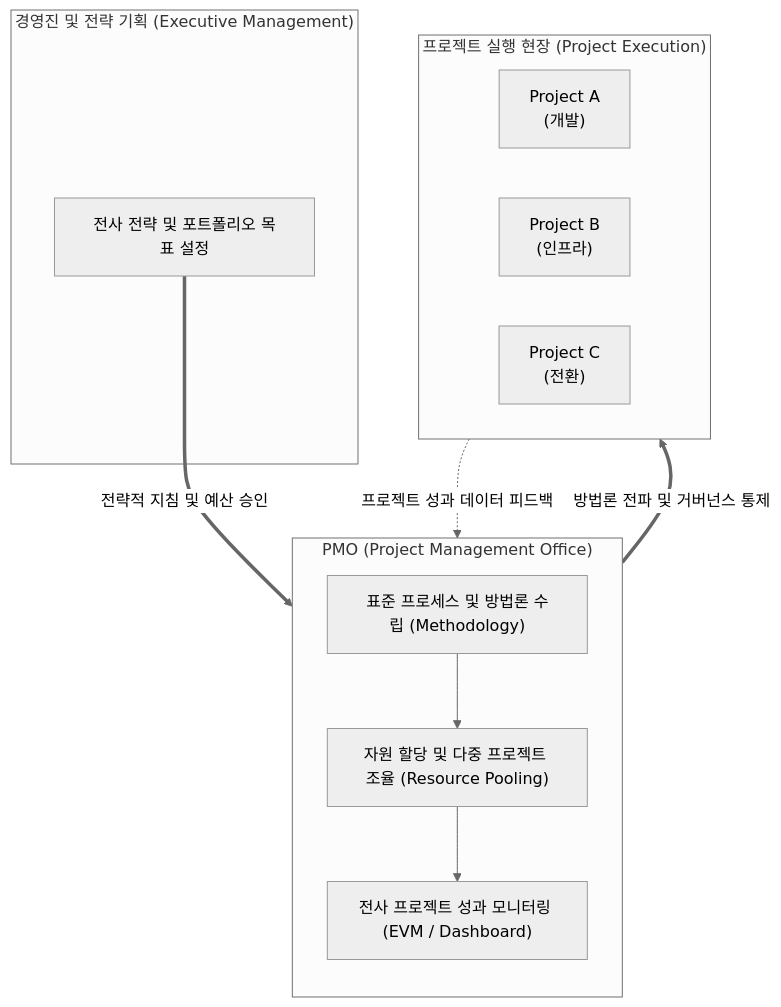
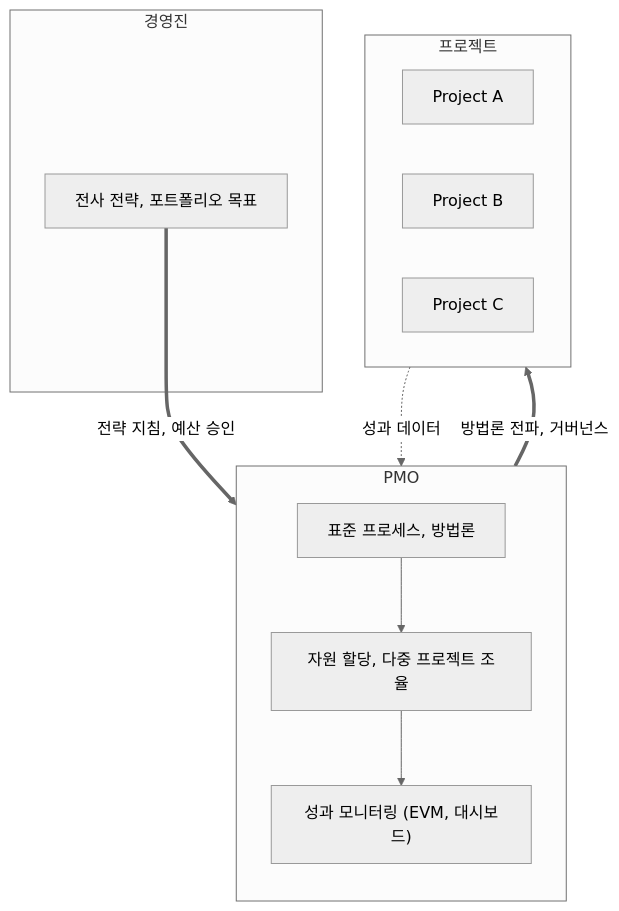
One commit to supremethumb/supremethumb.github.io changed the diagram in content/01_IT Tech/PMO.md. Above: the diagram before and after it, drawn with Mermaid (neutral theme). The commit also changed other lines of this file and 1087 other files, not shown here.

````diff
--- a/content/01_IT Tech/PMO.md
+++ b/content/01_IT Tech/PMO.md
@@ -27,26 +37,22 @@
 ```mermaid
 flowchart TD
-    subgraph Executive ["경영진 및 전략 기획 (Executive Management)"]
-        Strategy["전사 전략 및 포트폴리오 목표 설정"]
+    subgraph Exec ["경영진"]
+        Strategy["전사 전략, 포트폴리오 목표"]
     end
-
-    subgraph PMO_Level ["PMO (Project Management Office)"]
+    subgraph PMOL ["PMO"]
         direction TB
-        Governance["표준 프로세스 및 방법론 수립 (Methodology)"]
-        Resource["자원 할당 및 다중 프로젝트 조율 (Resource Pooling)"]
-        Monitor["전사 프로젝트 성과 모니터링 (EVM / Dashboard)"]
-        Governance --> Resource --> Monitor
+        Gov["표준 프로세스, 방법론"]
+        Res["자원 할당, 다중 프로젝트 조율"]
+        Mon["성과 모니터링 (EVM, 대시보드)"]
+        Gov --> Res --> Mon
     end
-
-    subgraph Project_Level ["프로젝트 실행 현장 (Project Execution)"]
+    subgraph Proj ["프로젝트"]
         direction LR
-        P1["Project A<br/>(개발)"]
-        P2["Project B<br/>(인프라)"]
-        P3["Project C<br/>(전환)"]
+        P1["Project A"]
+        P2["Project B"]
+        P3["Project C"]
     end
-
-    Strategy ==>|"전략적 지침 및 예산 승인"| PMO_Level
-    PMO_Level ==>|"방법론 전파 및 거버넌스 통제"| Project_Level
-    Project_Level -.->|"프로젝트 성과 데이터 피드백"| PMO_Level
-
+    Strategy ==>|"전략 지침, 예산 승인"| PMOL
+    PMOL ==>|"방법론 전파, 거버넌스"| Proj
+    Proj -.->|"성과 데이터"| PMOL
 ```
````
